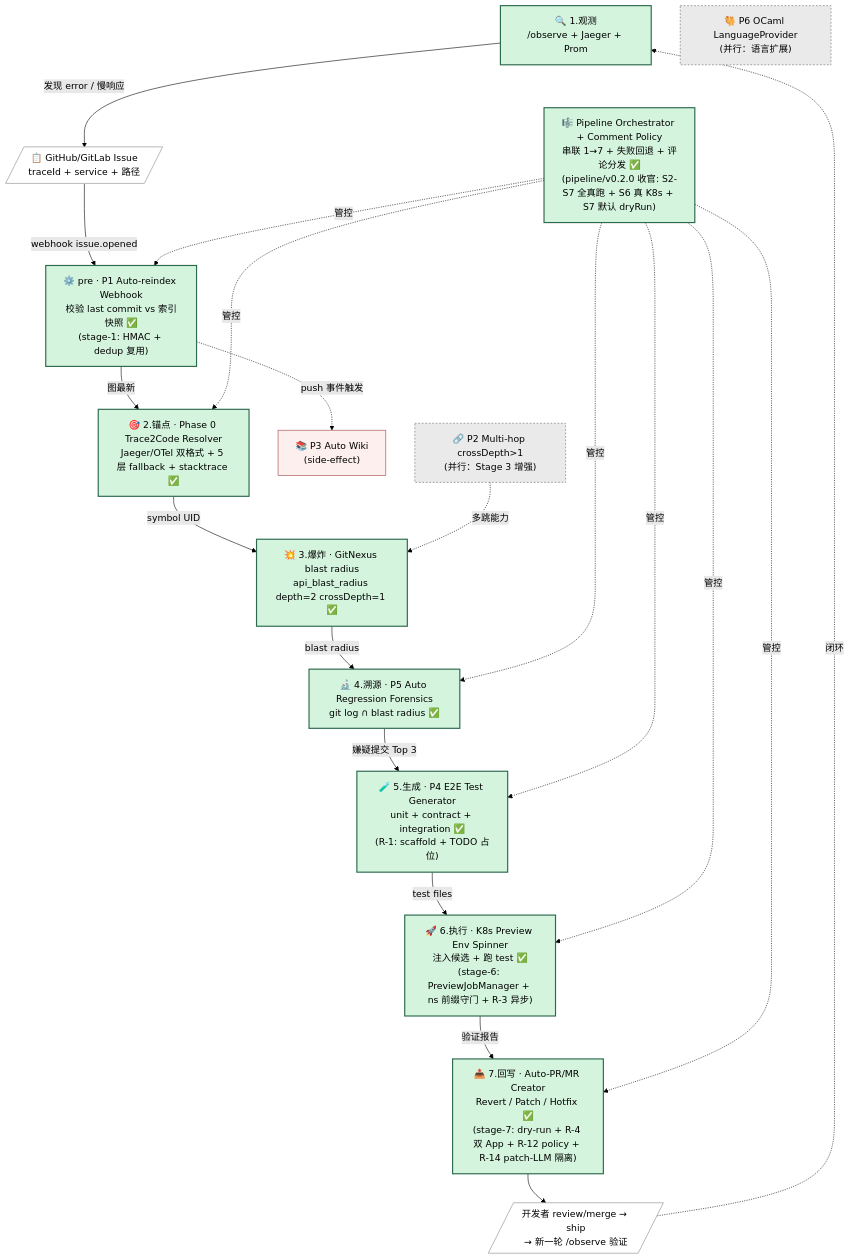
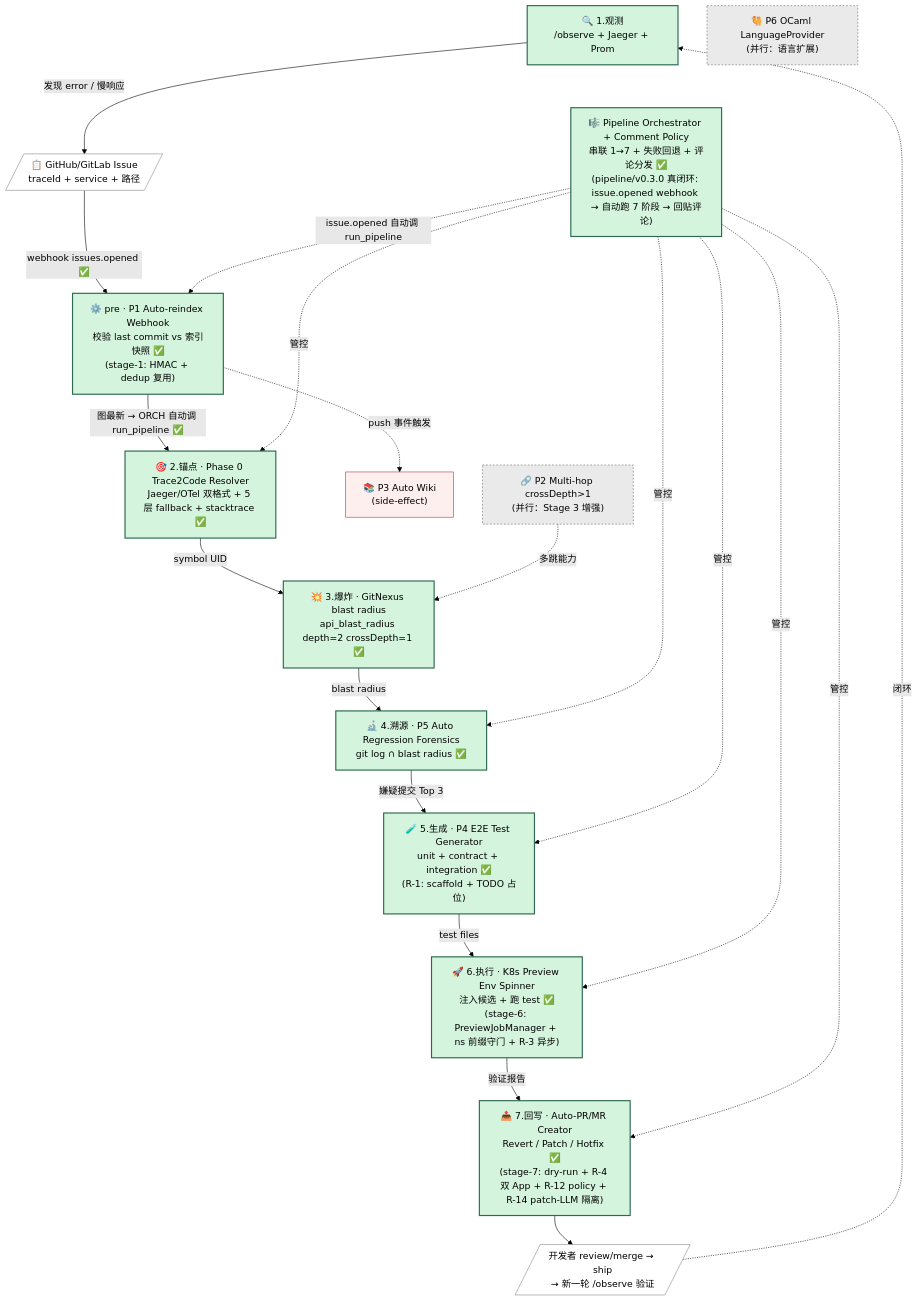
Before and after one commit to zxs1633079383/GitNexus: the diagram in docs/learn/diagrams/16-agentic-devops-7-stage-loop.mmd, drawn with Mermaid (forest theme). The commit also changed 10 other files, not shown here.

First line of the commit message:
feat(loop): 真闭环补齐 — issue.opened webhook → 自动跑 7 阶段 → 回贴评论

```diff
--- a/docs/learn/diagrams/16-agentic-devops-7-stage-loop.mmd
+++ b/docs/learn/diagrams/16-agentic-devops-7-stage-loop.mmd
@@ -1,47 +1,47 @@
 %% Agentic DevOps 7 阶段闭环 —— 团队自建版 GitNexus 企业版
 %% 配套文档：docs/learn/Agentic-DevOps-企业版路线图-v2.md §0.2
 
 flowchart TB
     OBS["🔍 1.观测<br/>/observe + Jaeger + Prom"]:::existing
     ISSUE[/"📋 GitHub/GitLab Issue<br/>traceId + service + 路径"/]:::external
     PRE["⚙️ pre · P1 Auto-reindex Webhook<br/>校验 last commit vs 索引快照 ✅<br/>(stage-1: HMAC + dedup 复用)"]:::existing
     S2["🎯 2.锚点 · Phase 0 Trace2Code Resolver<br/>Jaeger/OTel 双格式 + 5 层 fallback + stacktrace ✅"]:::existing
     S3["💥 3.爆炸 · GitNexus blast radius<br/>api_blast_radius depth=2 crossDepth=1 ✅"]:::existing
     S4["🔬 4.溯源 · P5 Auto Regression Forensics<br/>git log ∩ blast radius ✅"]:::existing
     S5["🧪 5.生成 · P4 E2E Test Generator<br/>unit + contract + integration ✅<br/>(R-1: scaffold + TODO 占位)"]:::existing
     S6["🚀 6.执行 · K8s Preview Env Spinner<br/>注入候选 + 跑 test ✅<br/>(stage-6: PreviewJobManager + ns 前缀守门 + R-3 异步)"]:::existing
     S7["📤 7.回写 · Auto-PR/MR Creator<br/>Revert / Patch / Hotfix ✅<br/>(stage-7: dry-run + R-4 双 App + R-12 policy + R-14 patch-LLM 隔离)"]:::existing
     LOOP[/"开发者 review/merge → ship<br/>→ 新一轮 /observe 验证"/]:::external
 
-    ORCH["🎼 Pipeline Orchestrator + Comment Policy<br/>串联 1→7 + 失败回退 + 评论分发 ✅<br/>(pipeline/v0.2.0 收官: S2-S7 全真跑 + S6 真 K8s + S7 默认 dryRun)"]:::existing
+    ORCH["🎼 Pipeline Orchestrator + Comment Policy<br/>串联 1→7 + 失败回退 + 评论分发 ✅<br/>(pipeline/v0.3.0 真闭环: issue.opened webhook → 自动跑 7 阶段 → 回贴评论)"]:::existing
     WIKI["📚 P3 Auto Wiki<br/>(side-effect)"]:::side
     P2["🔗 P2 Multi-hop crossDepth>1<br/>(并行：Stage 3 增强)"]:::parallel
     P6["🐫 P6 OCaml LanguageProvider<br/>(并行：语言扩展)"]:::parallel
 
     OBS -->|发现 error / 慢响应| ISSUE
-    ISSUE -->|webhook issue.opened| PRE
-    PRE -->|图最新| S2
+    ISSUE -->|webhook issues.opened ✅| PRE
+    PRE -->|图最新 → ORCH 自动调 run_pipeline ✅| S2
     S2 -->|symbol UID| S3
     S3 -->|blast radius| S4
     S4 -->|嫌疑提交 Top 3| S5
     S5 -->|test files| S6
     S6 -->|验证报告| S7
     S7 --> LOOP
     LOOP -.->|闭环| OBS
 
-    ORCH -.->|管控| PRE
+    ORCH -.->|issue.opened 自动调 run_pipeline| PRE
     ORCH -.->|管控| S2
     ORCH -.->|管控| S4
     ORCH -.->|管控| S5
     ORCH -.->|管控| S6
     ORCH -.->|管控| S7
 
     PRE -.->|push 事件触发| WIKI
     P2 -.->|多跳能力| S3
 
     classDef existing fill:#d4f4dd,stroke:#2d6a4f,color:#000,stroke-width:2px
     classDef new fill:#fff3cd,stroke:#856404,color:#000,stroke-width:2px
     classDef cross fill:#cfe2ff,stroke:#0a4d8c,color:#000,stroke-width:2px
     classDef side fill:#fcefee,stroke:#a04040,color:#000,stroke-width:1px
     classDef parallel fill:#eaeaea,stroke:#666,color:#000,stroke-width:1px,stroke-dasharray: 3 3
     classDef external fill:#fff,stroke:#888,color:#000,stroke-width:1px
```
